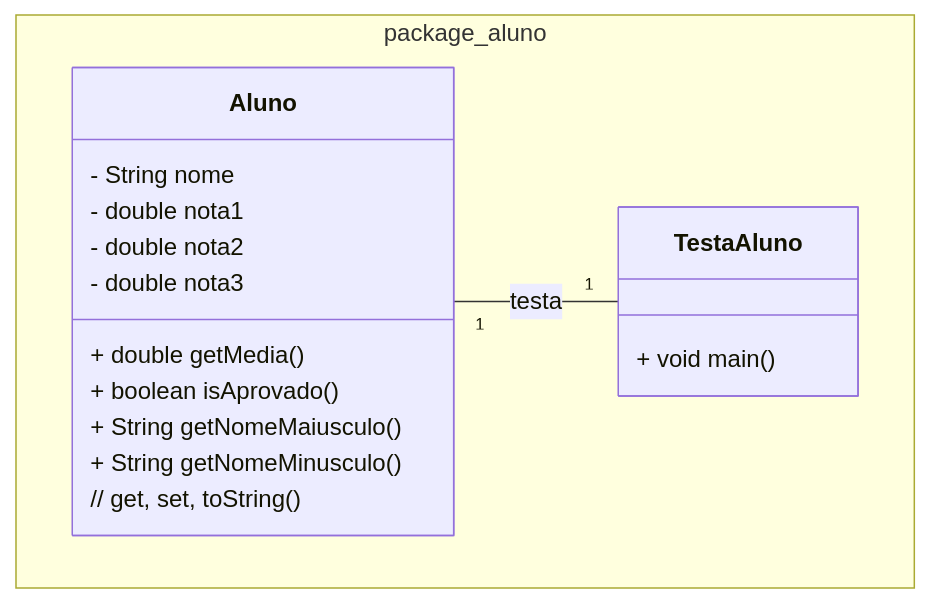
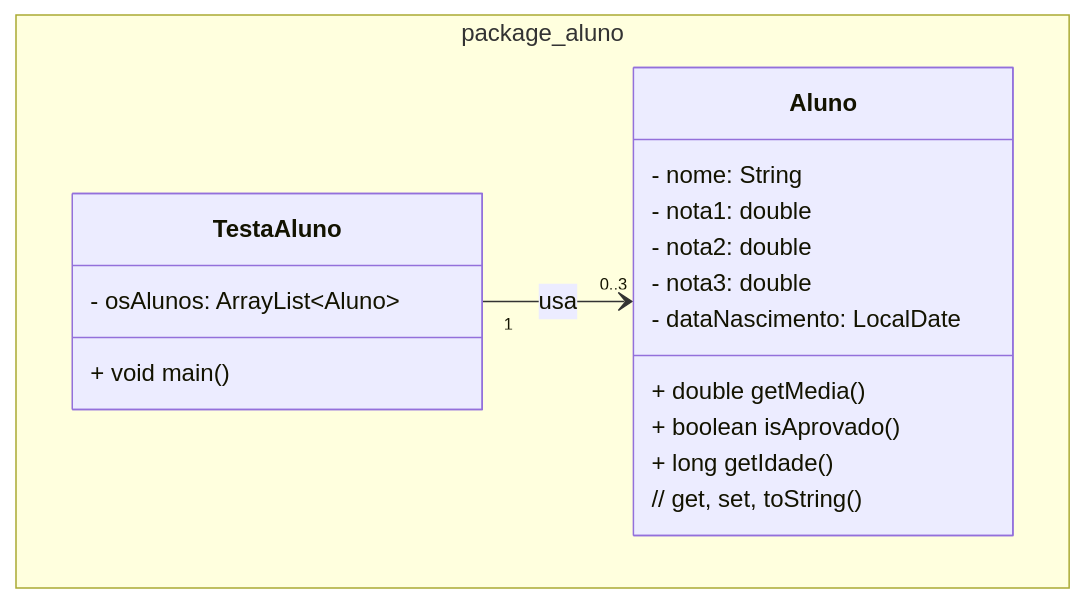
One commit to ap3ufersa/ap3_2026.1_xicoArruda changed the diagram in unidade1/aula5.md. Above: the diagram before and after it, drawn with Mermaid. The commit also changed other lines of this file and 16 other files, not shown here.

````diff
--- a/unidade1/aula5.md
+++ b/unidade1/aula5.md
@@ -21,20 +35,21 @@
 ```mermaid
 classDiagram
     namespace package_aluno {
         class Aluno {
-            - String nome
-            - double nota1
-            - double nota2
-            - double nota3
+            - nome: String
+            - nota1: double
+            - nota2: double
+            - nota3: double
+            - dataNascimento: LocalDate
             + double getMedia()
             + boolean isAprovado()
-            + String getNomeMaiusculo()
-            + String getNomeMinusculo()
+            + long getIdade()
             // get, set, toString()
         }
         class TestaAluno {
+            - osAlunos: ArrayList~Aluno~
             + void main()
         }
     }
-    Aluno "1" -- "1" TestaAluno : testa
+    TestaAluno "1" --> "0..3" Aluno : usa
 ```
````
